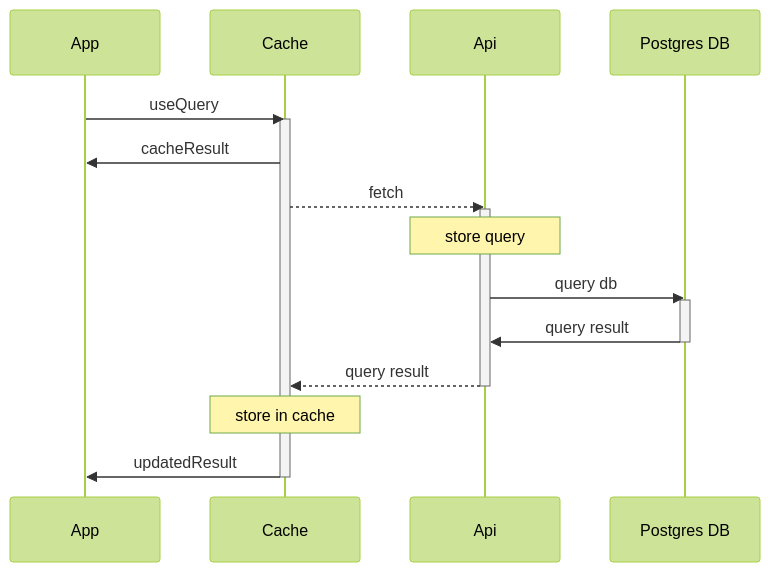
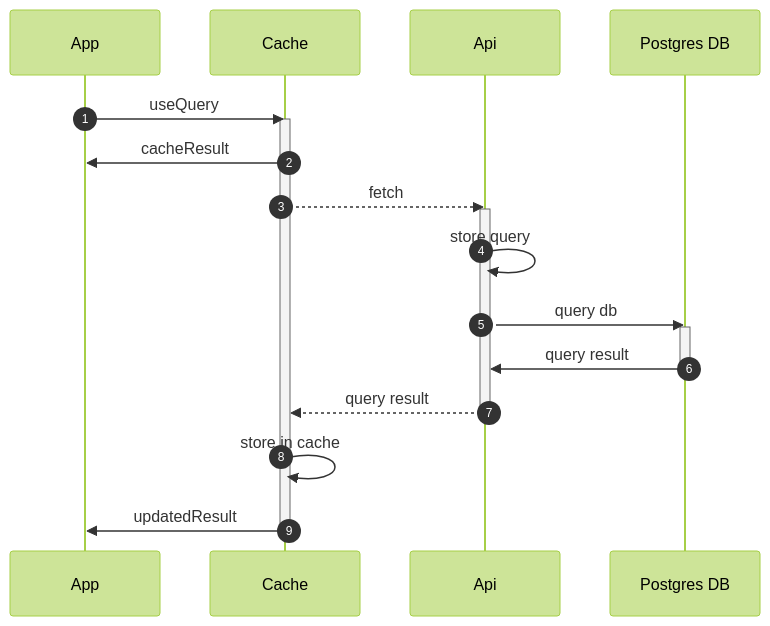
The second of 4 diagrams in docs/internal-overview.md (lightningdatabase/lightningdb), drawn with Mermaid (forest theme) before and after one commit. The commit also changed other lines of this file and 5 other files, not shown here.

````diff
--- a/docs/internal-overview.md
+++ b/docs/internal-overview.md
@@ -20,23 +20,24 @@
 ```mermaid
   sequenceDiagram
+    autonumber
     participant App
     participant Cache
     participant Api
     participant Db AS Postgres DB
 
     App->>Cache: useQuery
     activate Cache
     Cache->>App: cacheResult
     Cache-->>Api: fetch
     activate Api
-    note over Api: store query
+    Api->>Api: store query
     Api->>Db: query db
     activate Db
     Db->>Api: query result
     deactivate Db
     Api-->>Cache: query result
     deactivate Api
-    note over Cache: store in cache
+    Cache->>Cache: store in cache
     Cache->>App: updatedResult
     deactivate Cache
 ```
````
